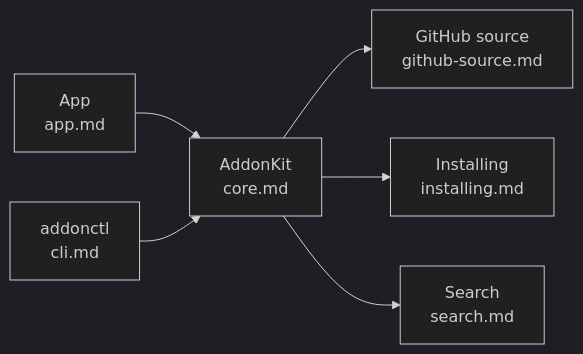
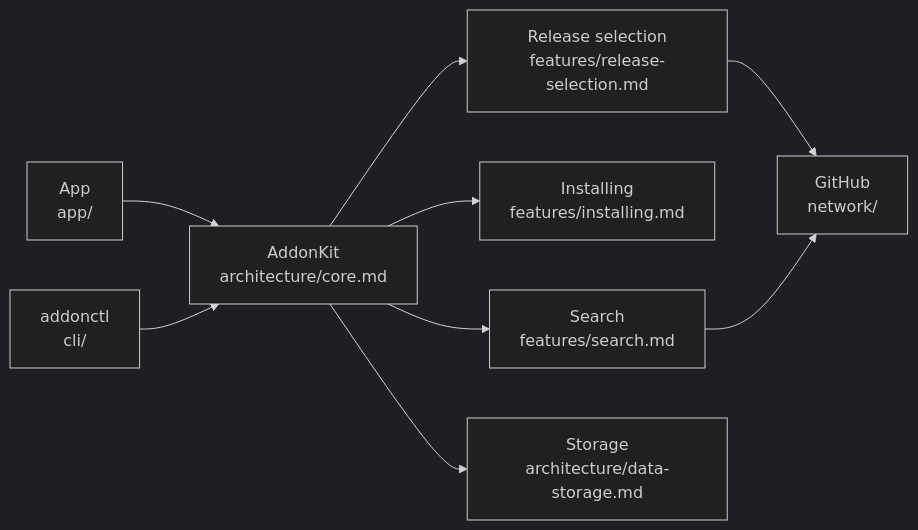
The diagram in docs/README.md (miotke/reload), drawn with Mermaid (dark theme) before and after one commit. The commit also changed other lines of this file and 9 other files, not shown here.

````diff
--- a/docs/README.md
+++ b/docs/README.md
@@ -14,8 +7,11 @@
 ```mermaid
 flowchart LR
-    App[App<br/>app.md] --> Core
-    CLI[addonctl<br/>cli.md] --> Core
-    Core[AddonKit<br/>core.md] --> GH[GitHub source<br/>github-source.md]
-    Core --> Inst[Installing<br/>installing.md]
-    Core --> S[Search<br/>search.md]
+    App[App<br/>app/] --> Core
+    CLI[addonctl<br/>cli/] --> Core
+    Core[AddonKit<br/>architecture/core.md] --> Sel[Release selection<br/>features/release-selection.md]
+    Core --> Inst[Installing<br/>features/installing.md]
+    Core --> S[Search<br/>features/search.md]
+    Core --> Store[Storage<br/>architecture/data-storage.md]
+    Sel --> Net[GitHub<br/>network/]
+    S --> Net
 ```
````
